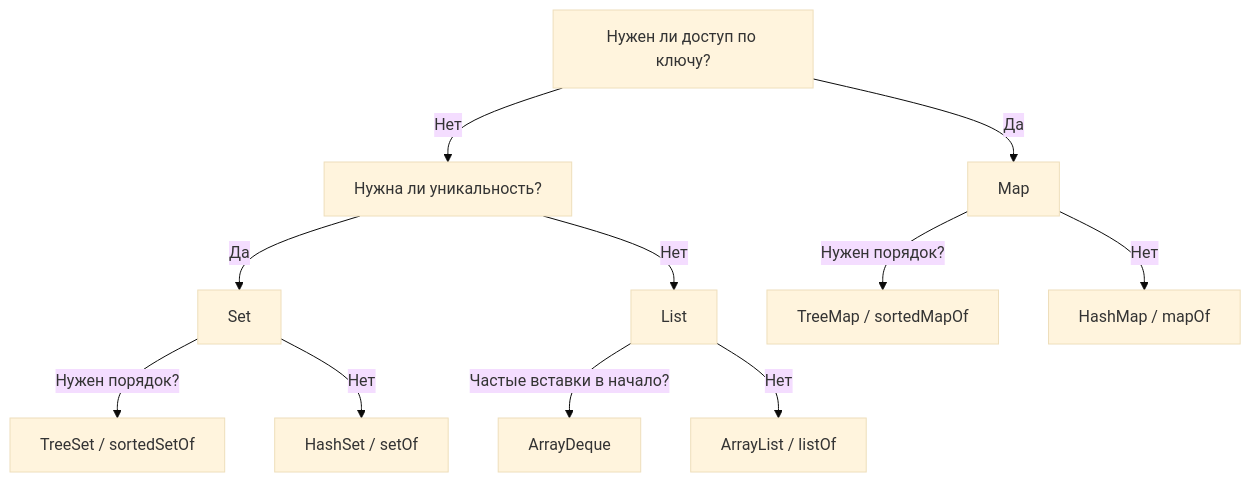
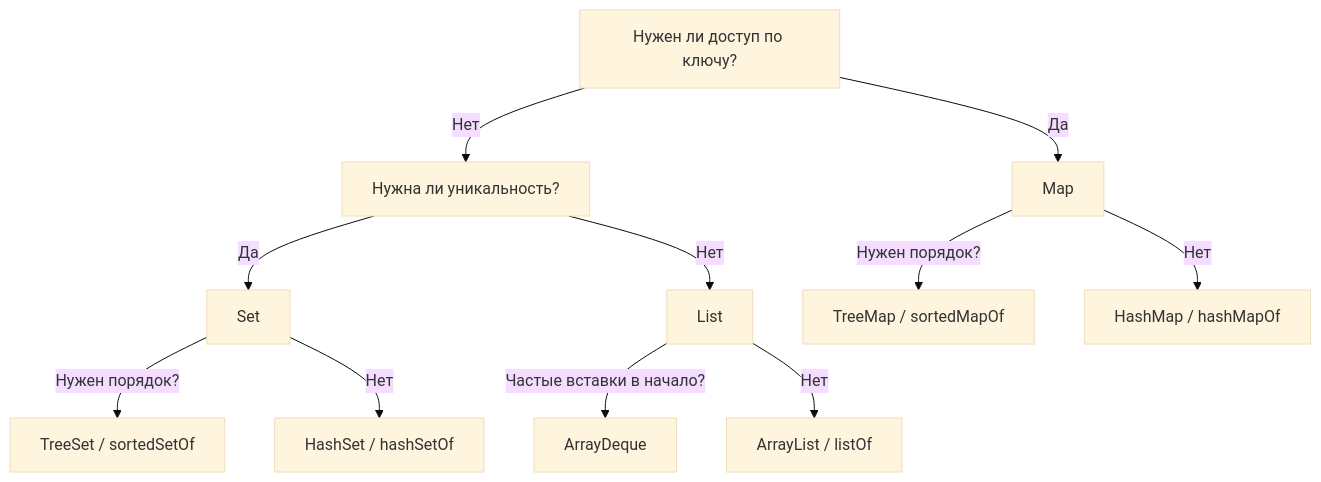
The fourth of 4 diagrams in cheatsheets/interview/programming-languages/kotlin/kotlin-collections-interview.md (akeverus/cheat-sheet), drawn with Mermaid (base theme) before and after one commit. The commit also changed other lines of this file and 154 other files, not shown here.

````diff
--- a/cheatsheets/interview/programming-languages/kotlin/kotlin-collections-interview.md
+++ b/cheatsheets/interview/programming-languages/kotlin/kotlin-collections-interview.md
@@ -817,13 +815,13 @@
 ```mermaid
 graph TD
     A["Нужен ли доступ по ключу?"] -->|Да| B["Map"]
     A -->|Нет| C["Нужна ли уникальность?"]
     C -->|Да| D["Set"]
     C -->|Нет| E["List"]
     B -->|"Нужен порядок?"| F["TreeMap / sortedMapOf"]
-    B -->|"Нет"| G["HashMap / mapOf"]
+    B -->|"Нет"| G["HashMap / hashMapOf"]
     D -->|"Нужен порядок?"| H["TreeSet / sortedSetOf"]
-    D -->|"Нет"| I["HashSet / setOf"]
+    D -->|"Нет"| I["HashSet / hashSetOf"]
     E -->|"Частые вставки в начало?"| J["ArrayDeque"]
     E -->|"Нет"| K["ArrayList / listOf"]
 ```
````
